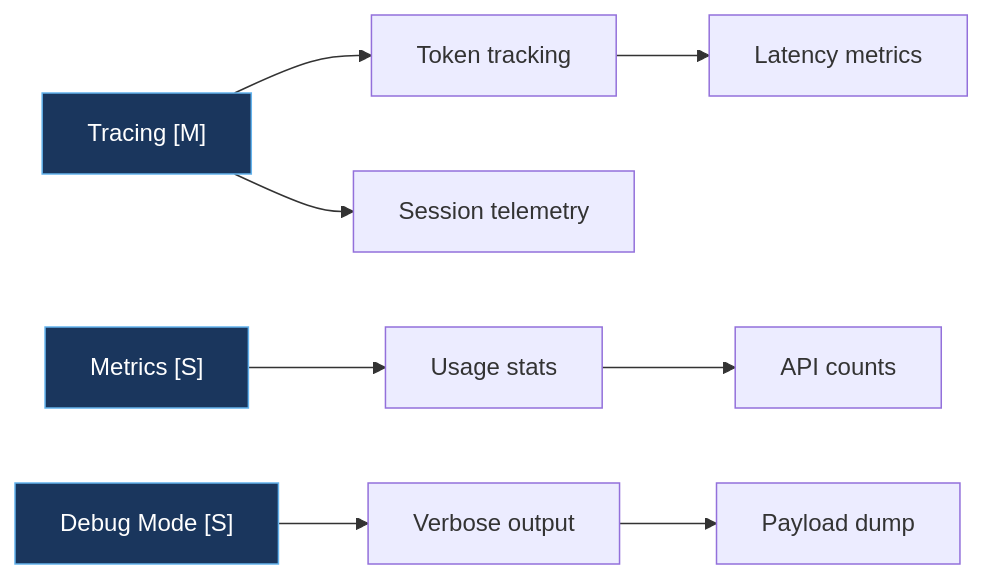
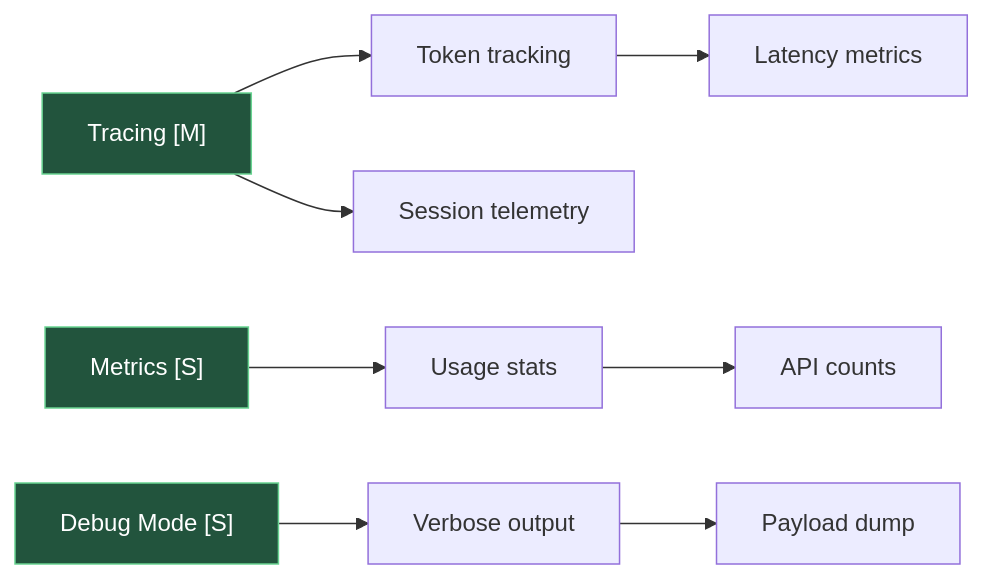
The fifth of 8 diagrams in ROADMAP.md (Miguel-EpicJS/ash-cli), drawn with Mermaid before and after one commit. The commit also changed other lines of this file, not shown here.

Commit message:
docs: finalize roadmap for v1.0.0-rc1

````diff
--- a/ROADMAP.md
+++ b/ROADMAP.md
@@ -207,16 +207,16 @@
 ```mermaid
 flowchart LR
     A0["Tracing [M]"] --> A1[Token tracking]
     A1 --> A2[Latency metrics]
     A0 --> A3[Session telemetry]
     
     B0["Metrics [S]"] --> B1[Usage stats]
     B1 --> B2[API counts]
     
     C0["Debug Mode [S]"] --> C1[Verbose output]
     C1 --> C2[Payload dump]
     
-    style A0 fill:#1a365d,stroke:#63b3ed,color:#fff
-    style B0 fill:#1a365d,stroke:#63b3ed,color:#fff
-    style C0 fill:#1a365d,stroke:#63b3ed,color:#fff
+    style A0 fill:#22543d,stroke:#68d391,color:#fff
+    style B0 fill:#22543d,stroke:#68d391,color:#fff
+    style C0 fill:#22543d,stroke:#68d391,color:#fff
 ```
````
